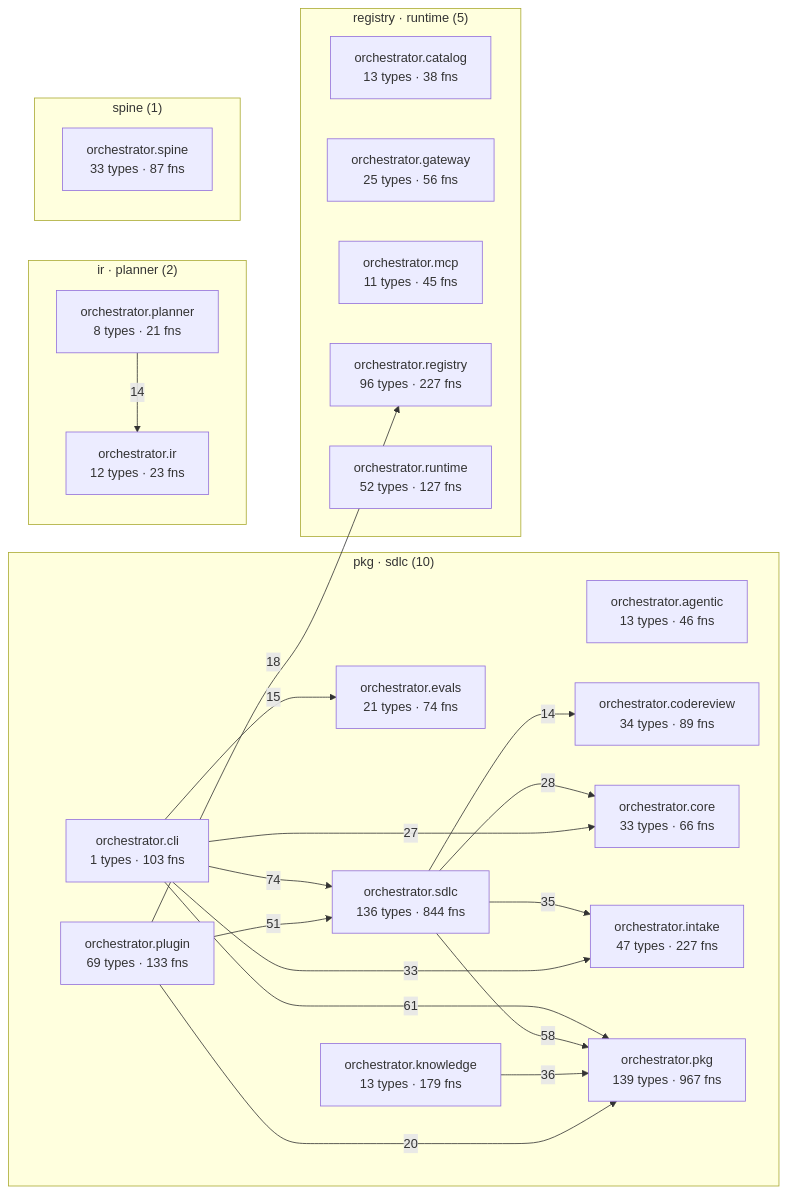
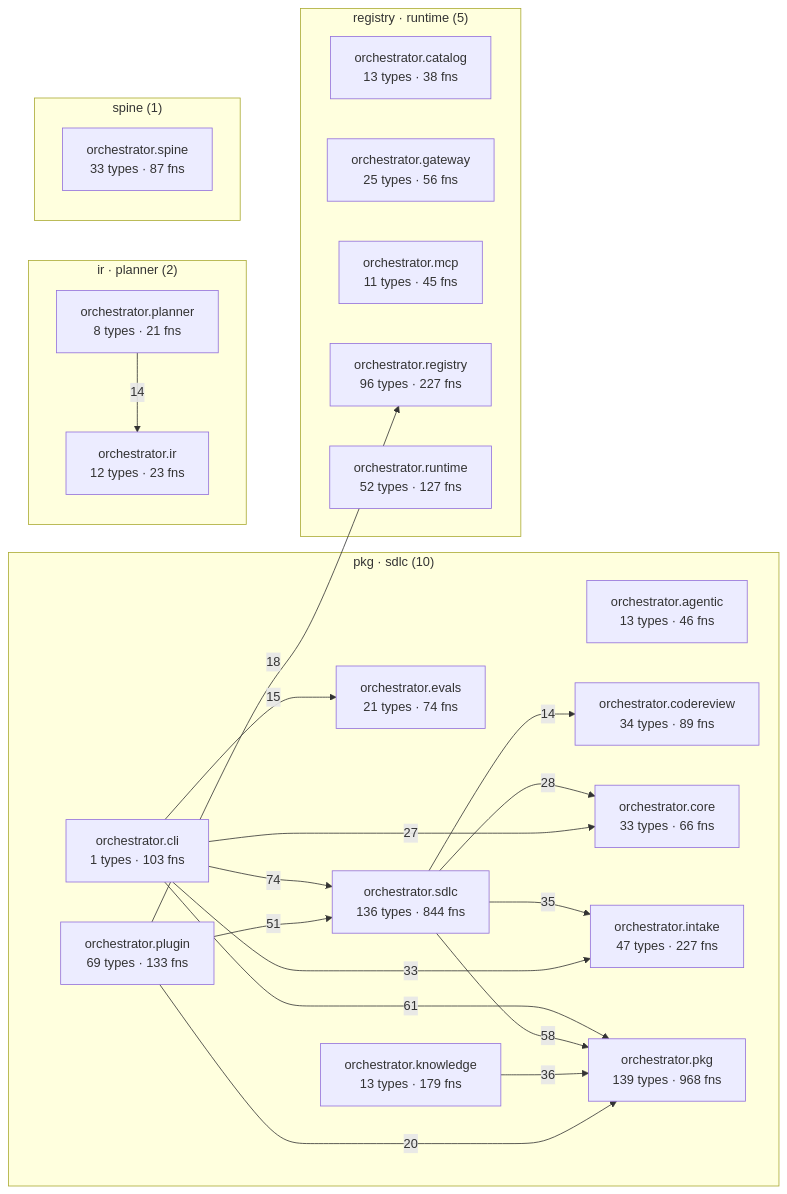
One commit to palakupadhyay23/spine changed the diagram in episteme/architecture.md. Above: the diagram before and after it, drawn with Mermaid. The commit also changed other lines of this file and 10 other files, not shown here.

````diff
--- a/episteme/architecture.md
+++ b/episteme/architecture.md
@@ -54,43 +54,43 @@
 ```mermaid
 flowchart LR
   subgraph c_2["pkg · sdlc (10)"]
     aorchestratoragentic["orchestrator.agentic<br/>13 types · 46 fns"]
     aorchestratorcli["orchestrator.cli<br/>1 types · 103 fns"]
     aorchestratorcodereview["orchestrator.codereview<br/>34 types · 89 fns"]
     aorchestratorcore["orchestrator.core<br/>33 types · 66 fns"]
     aorchestratorevals["orchestrator.evals<br/>21 types · 74 fns"]
     aorchestratorintake["orchestrator.intake<br/>47 types · 227 fns"]
     aorchestratorknowledge["orchestrator.knowledge<br/>13 types · 179 fns"]
-    aorchestratorpkg["orchestrator.pkg<br/>139 types · 967 fns"]
+    aorchestratorpkg["orchestrator.pkg<br/>139 types · 968 fns"]
     aorchestratorplugin["orchestrator.plugin<br/>69 types · 133 fns"]
     aorchestratorsdlc["orchestrator.sdlc<br/>136 types · 844 fns"]
   end
   subgraph c_4["registry · runtime (5)"]
     aorchestratorcatalog["orchestrator.catalog<br/>13 types · 38 fns"]
     aorchestratorgateway["orchestrator.gateway<br/>25 types · 56 fns"]
     aorchestratormcp["orchestrator.mcp<br/>11 types · 45 fns"]
     aorchestratorregistry["orchestrator.registry<br/>96 types · 227 fns"]
     aorchestratorruntime["orchestrator.runtime<br/>52 types · 127 fns"]
   end
   subgraph c_7["ir · planner (2)"]
     aorchestratorir["orchestrator.ir<br/>12 types · 23 fns"]
     aorchestratorplanner["orchestrator.planner<br/>8 types · 21 fns"]
   end
   subgraph c_12["spine (1)"]
     aorchestratorspine["orchestrator.spine<br/>33 types · 87 fns"]
   end
   aorchestratorcli -->|74| aorchestratorsdlc
   aorchestratorcli -->|61| aorchestratorpkg
   aorchestratorsdlc -->|58| aorchestratorpkg
   aorchestratorplugin -->|51| aorchestratorsdlc
   aorchestratorknowledge -->|36| aorchestratorpkg
   aorchestratorsdlc -->|35| aorchestratorintake
   aorchestratorcli -->|33| aorchestratorintake
   aorchestratorsdlc -->|28| aorchestratorcore
   aorchestratorcli -->|27| aorchestratorcore
   aorchestratorplugin -->|20| aorchestratorpkg
   aorchestratorplugin -->|18| aorchestratorregistry
   aorchestratorcli -->|15| aorchestratorevals
   aorchestratorplanner -->|14| aorchestratorir
   aorchestratorsdlc -->|14| aorchestratorcodereview
 ```
````
